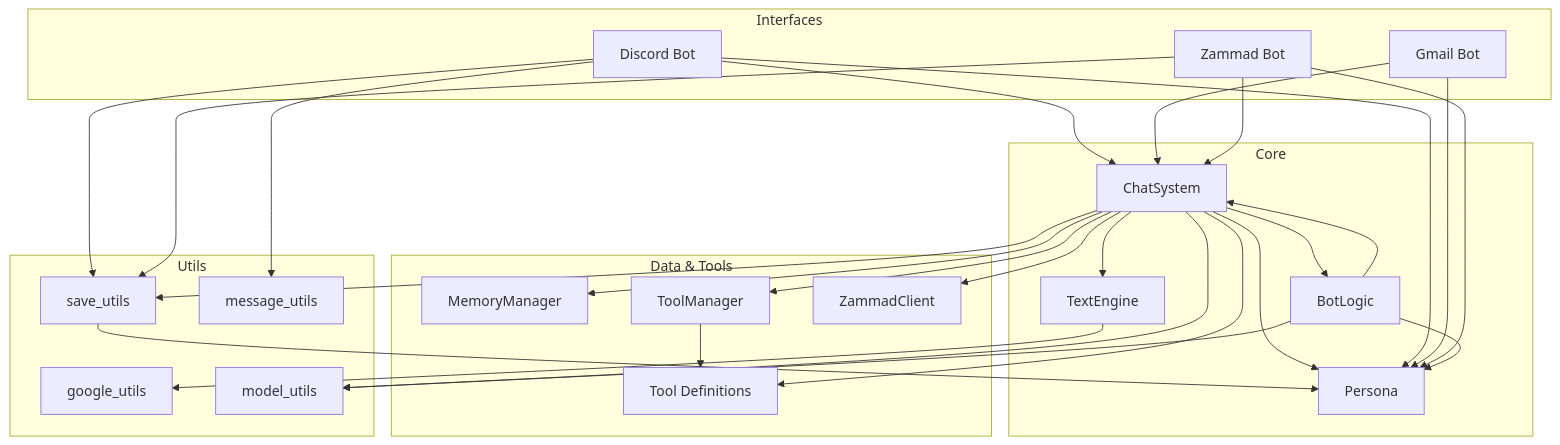
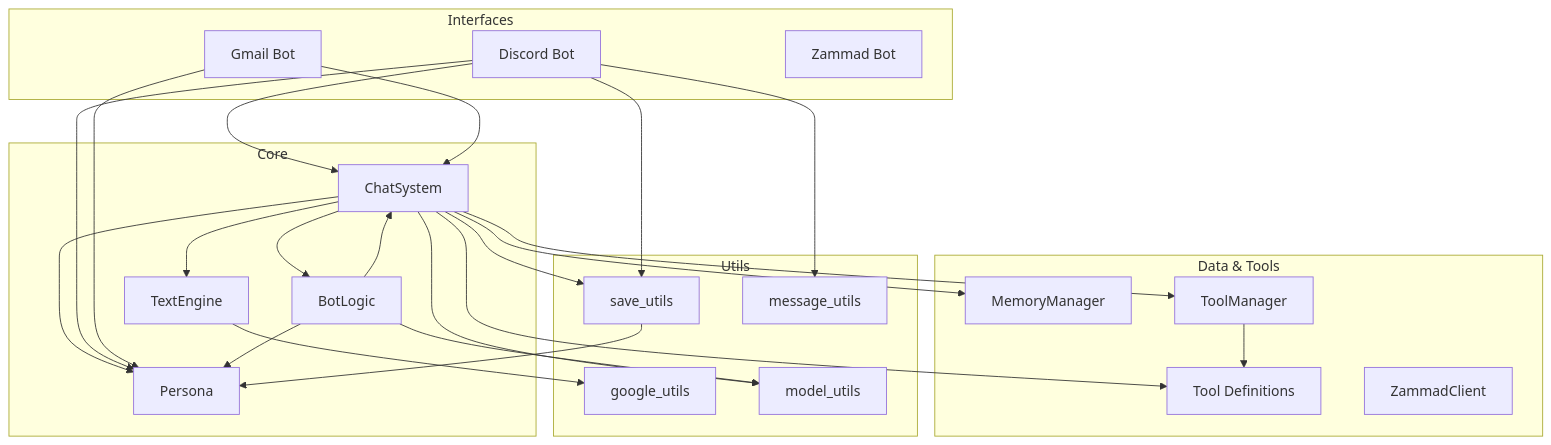
One commit to Addrick/agent-orchestrator changed the diagram in readme.md. Above: the diagram before and after it, drawn with Mermaid. The commit also changed 7 other files, not shown here.

````diff
--- a/readme.md
+++ b/readme.md
@@ -27,54 +27,50 @@
 ```mermaid
 graph TD
     subgraph Interfaces
         Discord["Discord Bot"]
         Gmail["Gmail Bot"]
         ZBot["Zammad Bot"]
     end
 
     subgraph Core
         CS[ChatSystem]
         BL[BotLogic]
         Engine[TextEngine]
         Persona[Persona]
     end
 
     subgraph Data & Tools
         MM[MemoryManager]
         TM[ToolManager]
         TDef["Tool Definitions"]
         ZC[ZammadClient]
     end
 
     subgraph Utils
         GU[google_utils]
         MU[model_utils]
         SU[save_utils]
         MSU[message_utils]
     end
 
-    CS --> ZC
     CS --> MM
     CS --> Engine
     CS --> BL
     CS --> Persona
     CS --> TDef
     CS --> TM
     CS --> MU
     CS --> SU
     Engine --> GU
     Discord --> CS
     Discord --> Persona
     Discord --> MSU
     Discord --> SU
     Gmail --> CS
     Gmail --> Persona
-    ZBot --> CS
-    ZBot --> Persona
-    ZBot --> SU
     BL --> CS
     BL --> Persona
     BL --> MU
     TM --> TDef
     SU --> Persona
 ```
````
